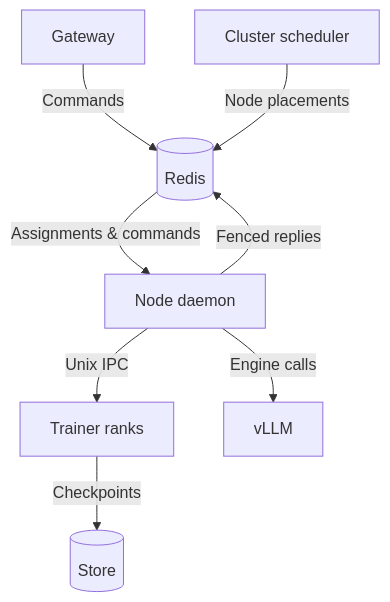
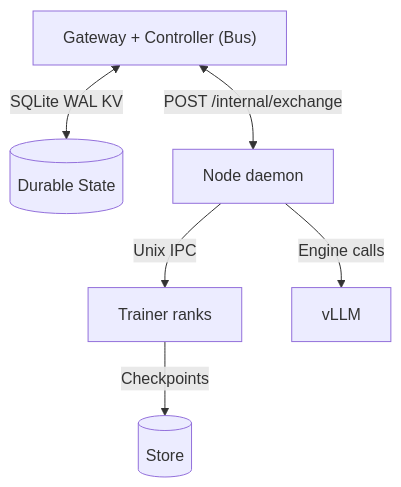
One commit to ShubyM/tiny-open-rl changed the diagram in README.md. Above: the diagram before and after it, drawn with Mermaid. The commit also changed other lines of this file and 47 other files, not shown here.

````diff
--- a/README.md
+++ b/README.md
@@ -37,10 +35,8 @@
 ```mermaid
 flowchart TD
-  G["Gateway"] -->|Commands| R[("Redis")]
-  S["Cluster scheduler"] -->|Node placements| R
-  R -->|Assignments & commands| N["Node daemon"]
+  G["Gateway + Controller (Bus)"] <-->|SQLite WAL KV| D[("Durable State")]
+  G <-->|POST /internal/exchange| N["Node daemon"]
   N -->|Unix IPC| T["Trainer ranks"]
   N -->|Engine calls| V["vLLM"]
   T -->|Checkpoints| C[("Store")]
-  N -->|Fenced replies| R
 ```
````
